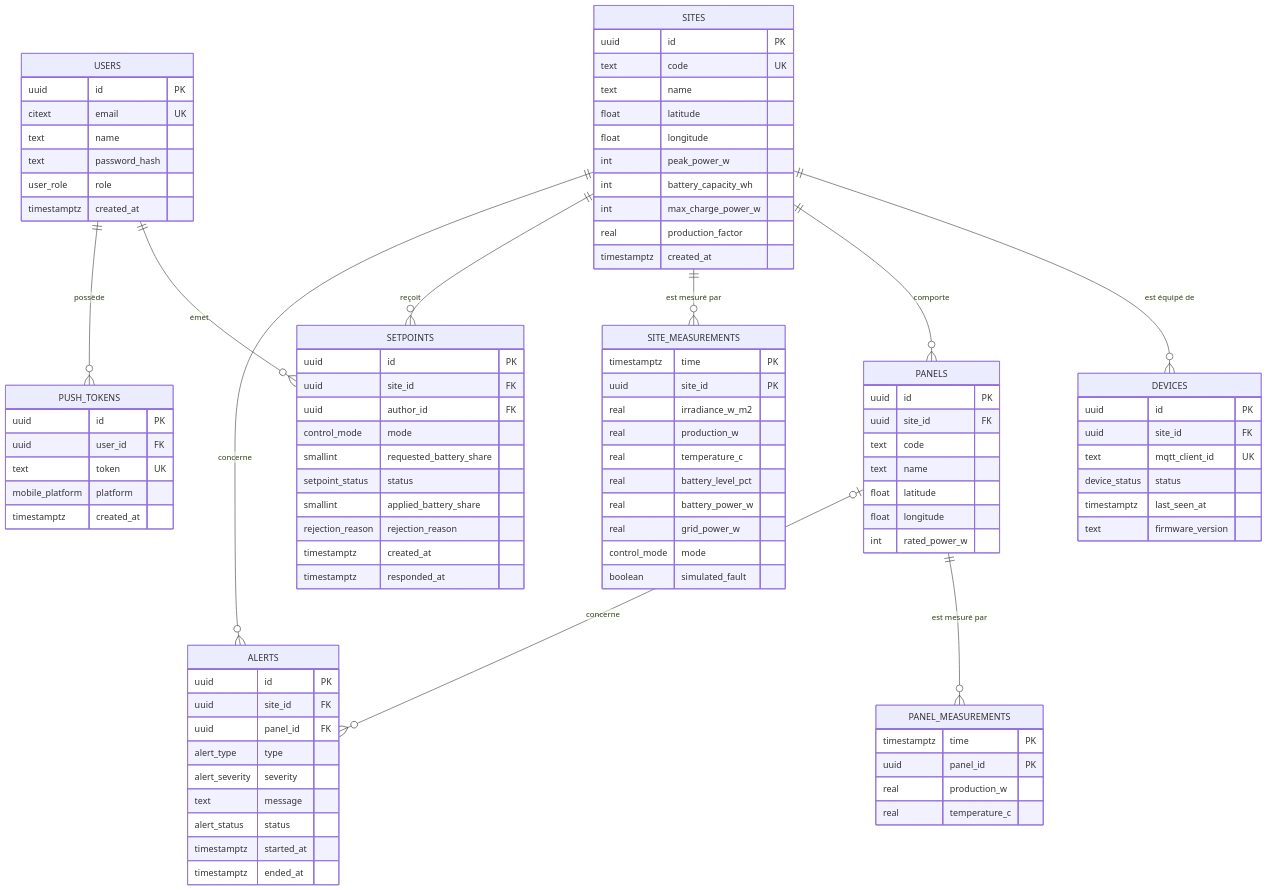
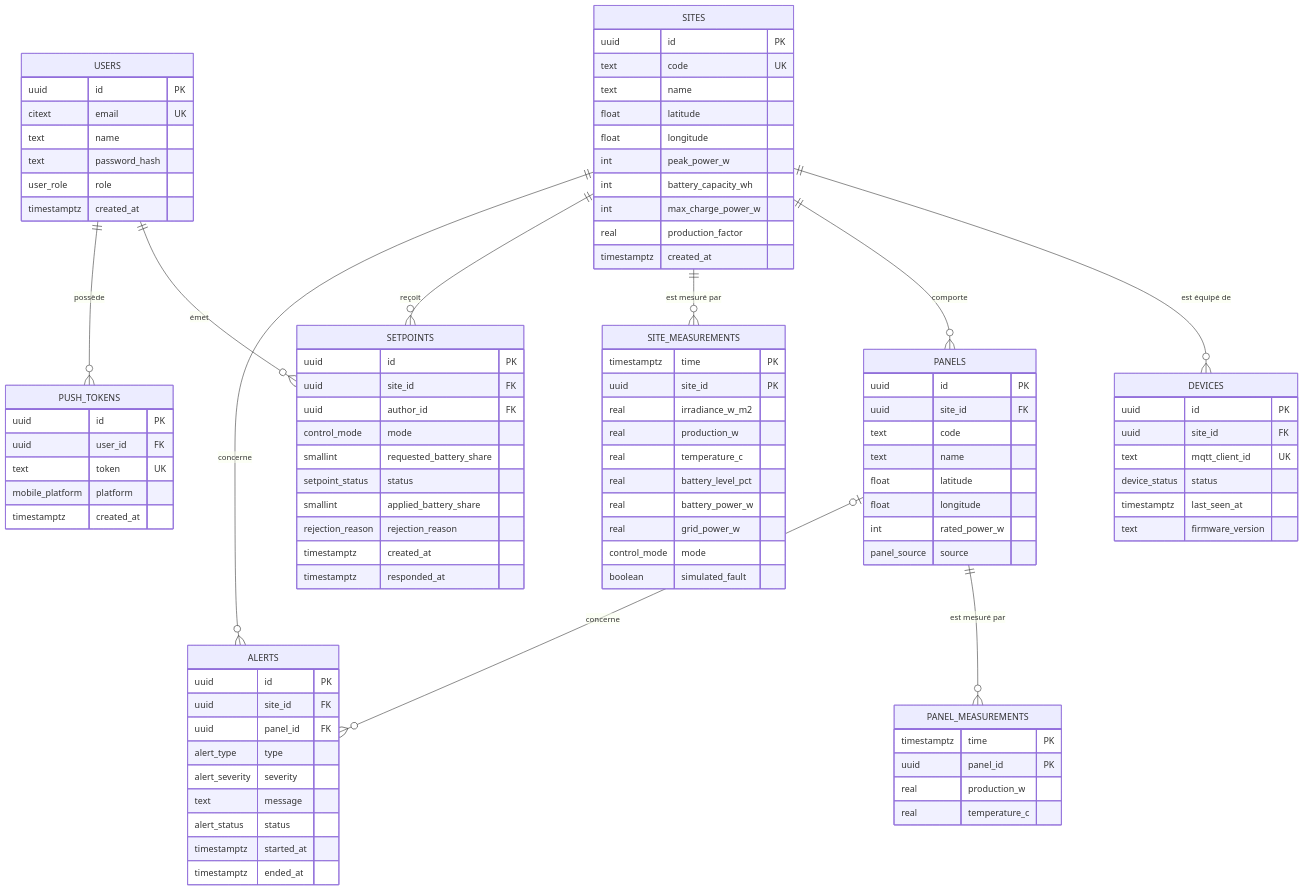
The diagram in docs/conception/01-modele-donnees.md (SamuelLnds/proj-app-mobile-co), drawn with Mermaid before and after one commit. The commit also changed other lines of this file and 11 other files, not shown here.

Commit message:
docs(design): ajoute la charte graphique, les maquettes et l'inventaire des panneaux

```diff
--- a/docs/conception/01-modele-donnees.md
+++ b/docs/conception/01-modele-donnees.md
@@ -98,6 +98,7 @@
     float latitude
     float longitude
     int rated_power_w
+    panel_source source
   }
   SITE_MEASUREMENTS {
     timestamptz time PK
```
